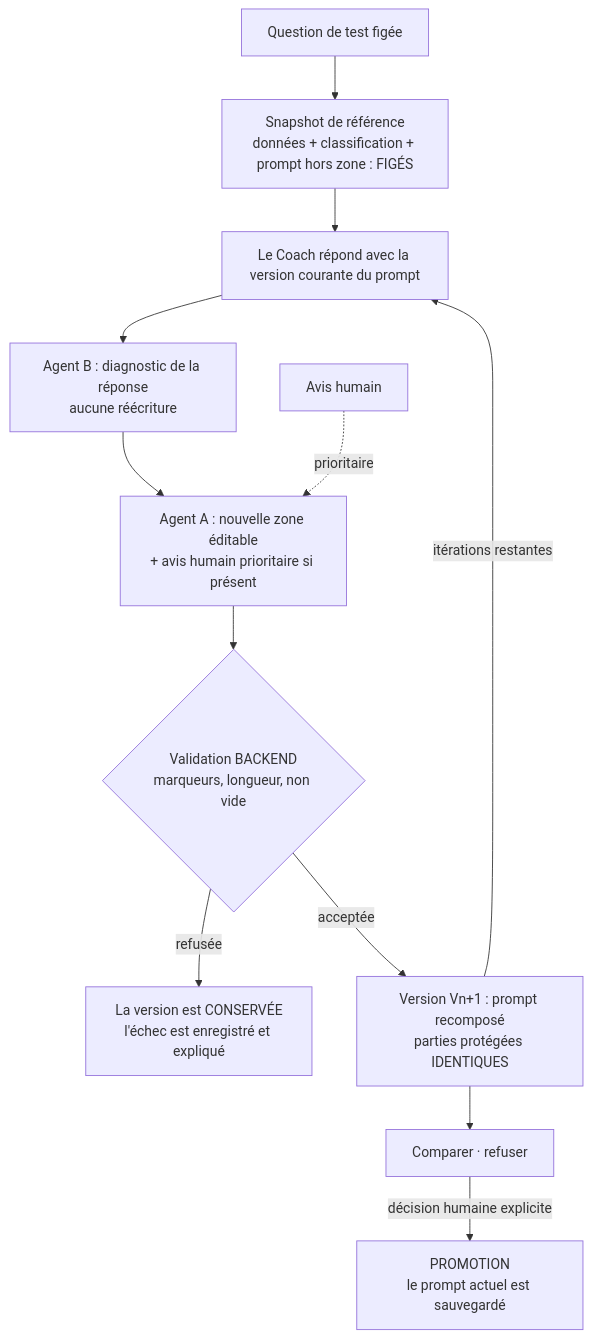
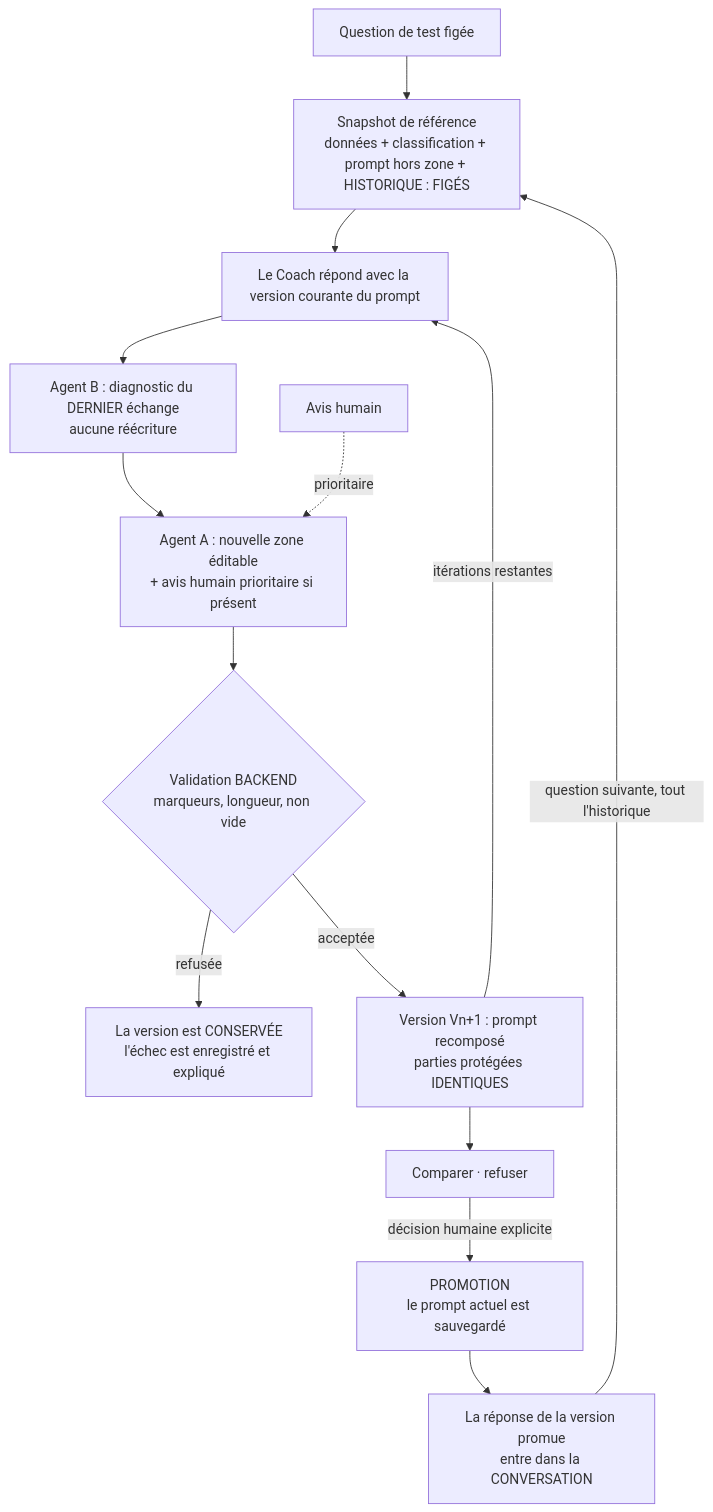
The ninth of 9 diagrams in docs/doc-fonctionnel.md (gamer2000fr-coder/financial-coach), drawn with Mermaid before and after one commit. The commit also changed other lines of this file and 58 other files, not shown here.

````diff
--- a/docs/doc-fonctionnel.md
+++ b/docs/doc-fonctionnel.md
@@ -290,14 +290,16 @@
 ```mermaid
 flowchart TD
-    Q[Question de test figée] --> SNAP[Snapshot de référence<br/>données + classification + prompt hors zone : FIGÉS]
+    Q[Question de test figée] --> SNAP[Snapshot de référence<br/>données + classification + prompt hors zone + HISTORIQUE : FIGÉS]
     SNAP --> COACH[Le Coach répond avec la version courante du prompt]
-    COACH --> B[Agent B : diagnostic de la réponse<br/>aucune réécriture]
+    COACH --> B[Agent B : diagnostic du DERNIER échange<br/>aucune réécriture]
     B --> A[Agent A : nouvelle zone éditable<br/>+ avis humain prioritaire si présent]
     A --> VAL{Validation BACKEND<br/>marqueurs, longueur, non vide}
     VAL -- refusée --> KEEP[La version est CONSERVÉE<br/>l'échec est enregistré et expliqué]
     VAL -- acceptée --> NEW[Version Vn+1 : prompt recomposé<br/>parties protégées IDENTIQUES]
     NEW -->|itérations restantes| COACH
     NEW --> CMP[Comparer · refuser]
     CMP -->|décision humaine explicite| PROD[PROMOTION<br/>le prompt actuel est sauvegardé]
+    PROD --> MEM[La réponse de la version promue<br/>entre dans la CONVERSATION]
+    MEM -->|question suivante, tout l'historique| SNAP
     HUMAN[Avis humain] -.prioritaire.-> A
 ```
````
